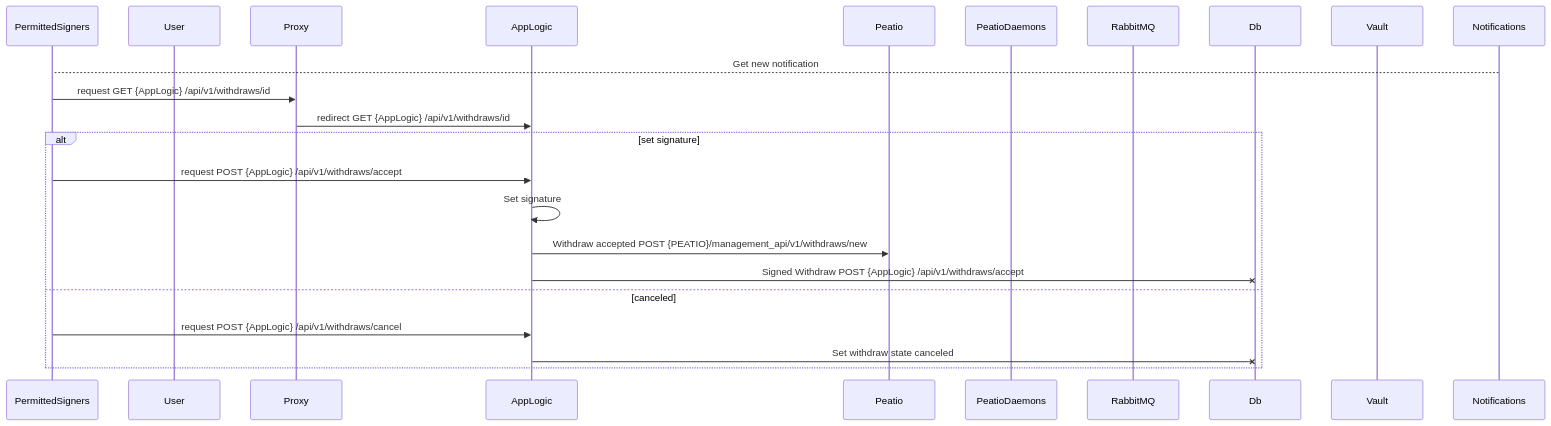
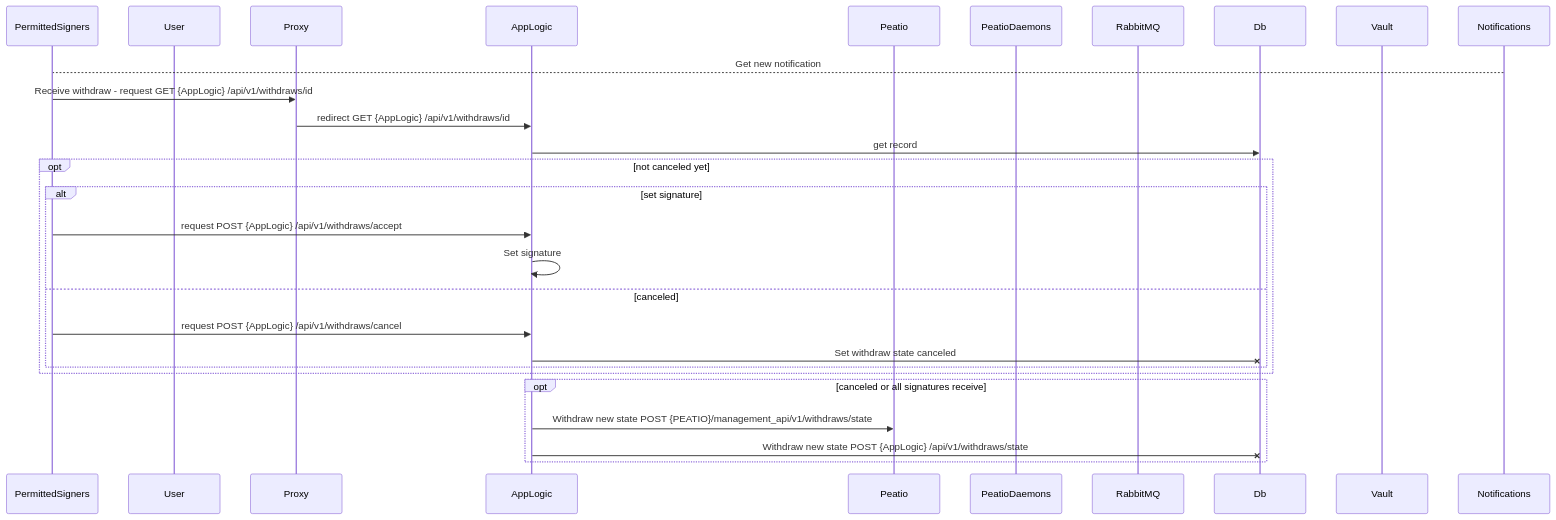
One commit to sergii-savchenko/rkcp_arch changed the second of 3 diagrams in content/4.011.withdraw.md. Above: the diagram before and after it, drawn with Mermaid. The commit also changed other lines of this file and 49 other files, not shown here.

````diff
--- a/content/4.011.withdraw.md
+++ b/content/4.011.withdraw.md
@@ -41,28 +41,36 @@
 ```mermaid
 sequenceDiagram
     participant PermittedSigners
     participant User
     participant Proxy
     participant AppLogic
     participant Peatio
     participant PeatioDaemons
     participant RabbitMQ
     participant Db
     participant Vault
     participant Notifications
 
     Notifications-->PermittedSigners: Get new notification
 
-    PermittedSigners->>Proxy: request GET {AppLogic} /api/v1/withdraws/id
+    PermittedSigners->>Proxy: Receive withdraw - request GET {AppLogic} /api/v1/withdraws/id
     Proxy->>AppLogic: redirect GET {AppLogic} /api/v1/withdraws/id
 
-    alt set signature
-        PermittedSigners->>AppLogic: request POST {AppLogic} /api/v1/withdraws/accept
-        AppLogic->>AppLogic: Set signature
-        AppLogic->>Peatio: Withdraw accepted POST {PEATIO}/management_api/v1/withdraws/new
-        AppLogic-xDb: Signed Withdraw POST {AppLogic} /api/v1/withdraws/accept
-    else canceled
-        PermittedSigners->>AppLogic: request POST {AppLogic} /api/v1/withdraws/cancel
-        AppLogic-xDb: Set withdraw state canceled
+    AppLogic->>Db: get record
+
+    opt not canceled yet
+        alt set signature
+            PermittedSigners->>AppLogic: request POST {AppLogic} /api/v1/withdraws/accept
+            AppLogic->>AppLogic: Set signature
+        else canceled
+            PermittedSigners->>AppLogic: request POST {AppLogic} /api/v1/withdraws/cancel
+            AppLogic-xDb: Set withdraw state canceled
+        end
     end
+
+    opt canceled or all signatures receive
+        AppLogic->>Peatio: Withdraw new state POST {PEATIO}/management_api/v1/withdraws/state
+        AppLogic-xDb: Withdraw new state POST {AppLogic} /api/v1/withdraws/state
+    end
+    
 ```
````
